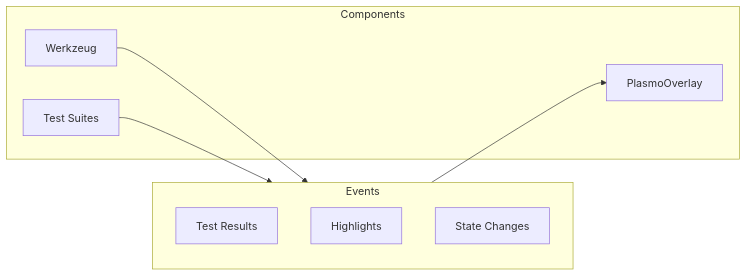
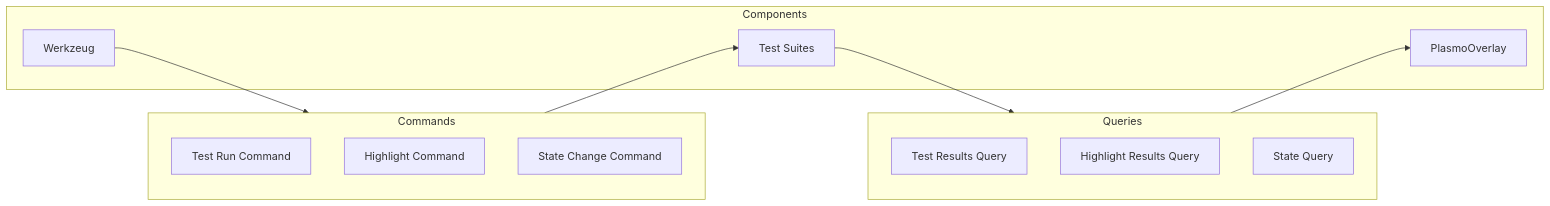
One commit to AleksejDix/allyship.dev changed the third of 4 diagrams in apps/allystudio/README.md. Above: the diagram before and after it, drawn with Mermaid. The commit also changed other lines of this file and 5 other files, not shown here.

````diff
--- a/apps/allystudio/README.md
+++ b/apps/allystudio/README.md
@@ -103,18 +492,25 @@
 ```mermaid
 flowchart LR
-    subgraph Events
-        TR[Test Results]
-        HL[Highlights]
-        ST[State Changes]
+    subgraph Commands
+        TR[Test Run Command]
+        HL[Highlight Command]
+        ST[State Change Command]
+    end
+
+    subgraph Queries
+        TRes[Test Results Query]
+        HRes[Highlight Results Query]
+        SRes[State Query]
     end
 
     subgraph Components
         W[Werkzeug]
         PO[PlasmoOverlay]
         TS[Test Suites]
     end
 
-    W --> Events
-    Events --> PO
-    TS --> Events
+    W --> Commands
+    Commands --> TS
+    TS --> Queries
+    Queries --> PO
 ```
````
